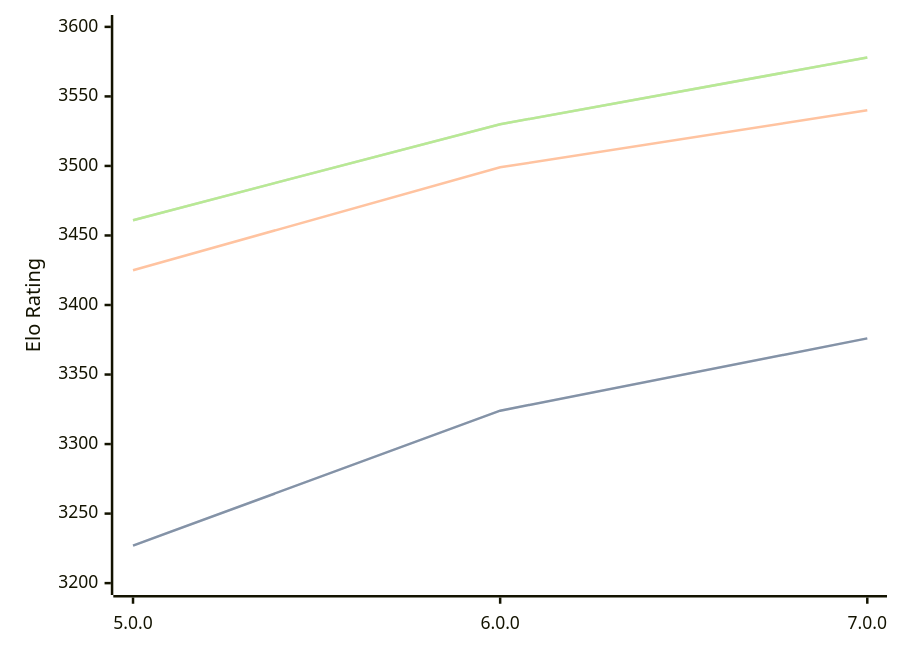
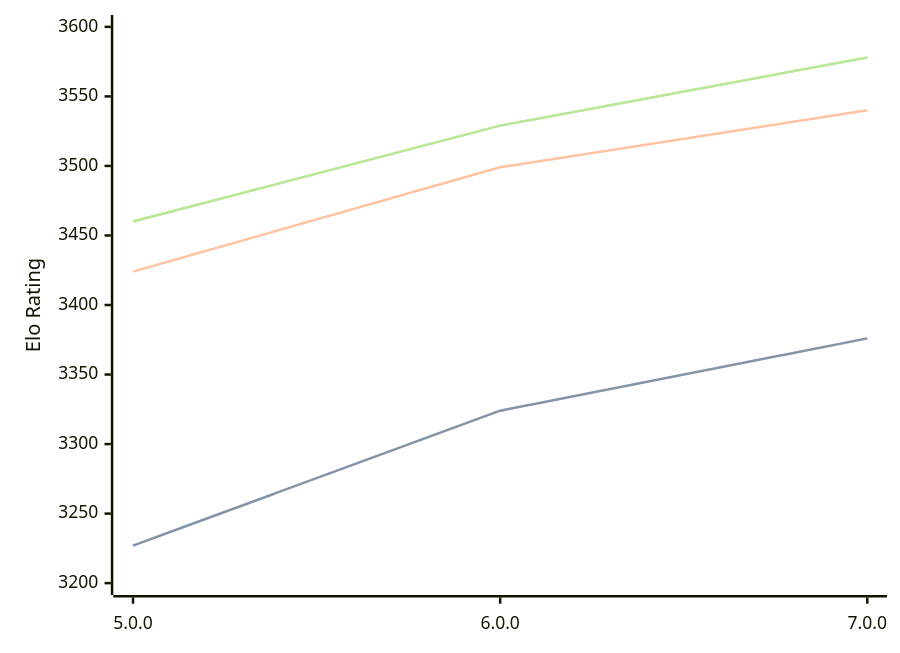
Before and after one commit to computer-chess-index/cci: the diagram in engines/Stormphrax.md, drawn with Mermaid. The commit also changed other lines of this file, not shown here.

Commit message:
Update CCI Ratings (ELO VLTC) - 2026-03-30

````diff
--- a/engines/Stormphrax.md
+++ b/engines/Stormphrax.md
@@ -38,11 +38,11 @@
 ```mermaid
 %%{init: {"theme":"base","themeVariables":{"seriesColors:['#a3a3a3','#222221','#faa371']}}}%%
 xychart-beta
   x-axis ["5.0.0", "6.0.0", "7.0.0"]
   y-axis "Elo Rating" 3200 --> 3600
   line "STC (8.0+0.08s)" [3227, 3324, 3376]
   line "STC (8.0+0.08s)" [3227, 3324, 3376]
-  line "LTC (60.0+0.60s)" [3425, 3499, 3540]
-  line "VLTC (2m24s+1.12s)" [3461, 3530, 3578]
-  line "VLTC (2m24s+1.12s)" [3461, 3530, 3578]
+  line "LTC (60.0+0.60s)" [3424, 3499, 3540]
+  line "VLTC (2m24s+1.12s)" [3460, 3529, 3578]
+  line "VLTC (2m24s+1.12s)" [3460, 3529, 3578]
 ```
````
